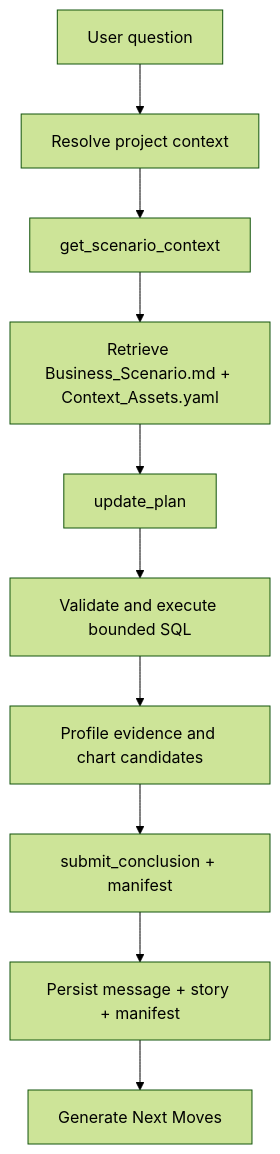
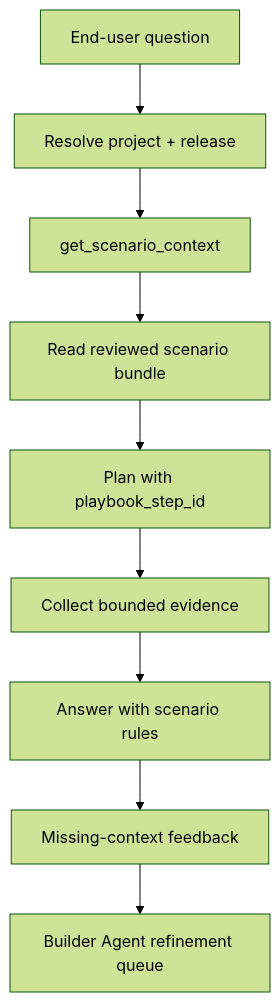
Before and after one commit to zhouhang-chn/databricks-ai-dev-kit: the third of 3 diagrams in docs/builder-app-oai/v0.2-business-analysis/design.md, drawn with Mermaid (forest theme). The commit also changed other lines of this file and 11 other files, not shown here.

Commit message:
Refactor v0.2 builder agent docs

````diff
--- a/docs/builder-app-oai/v0.2-business-analysis/design.md
+++ b/docs/builder-app-oai/v0.2-business-analysis/design.md
@@ -615,12 +707,11 @@
 ```mermaid
 flowchart TD
-  Q["User question"] --> Context["Resolve project context"]
-  Context --> Match["get_scenario_context"]
-  Match --> Semantic["Retrieve Business_Scenario.md + Context_Assets.yaml"]
-  Semantic --> Plan["update_plan"]
-  Plan --> SQL["Validate and execute bounded SQL"]
-  SQL --> Evidence["Profile evidence and chart candidates"]
-  Evidence --> Synthesis["submit_conclusion + manifest"]
-  Synthesis --> Persist["Persist message + story + manifest"]
-  Persist --> Moves["Generate Next Moves"]
+  Q["End-user question"] --> Resolve["Resolve project + release"]
+  Resolve --> Match["get_scenario_context"]
+  Match --> Bundle["Read reviewed scenario bundle"]
+  Bundle --> Plan["Plan with playbook_step_id"]
+  Plan --> Evidence["Collect bounded evidence"]
+  Evidence --> Answer["Answer with scenario rules"]
+  Answer --> Feedback["Missing-context feedback"]
+  Feedback --> Builder["Builder Agent refinement queue"]
 ```
````
